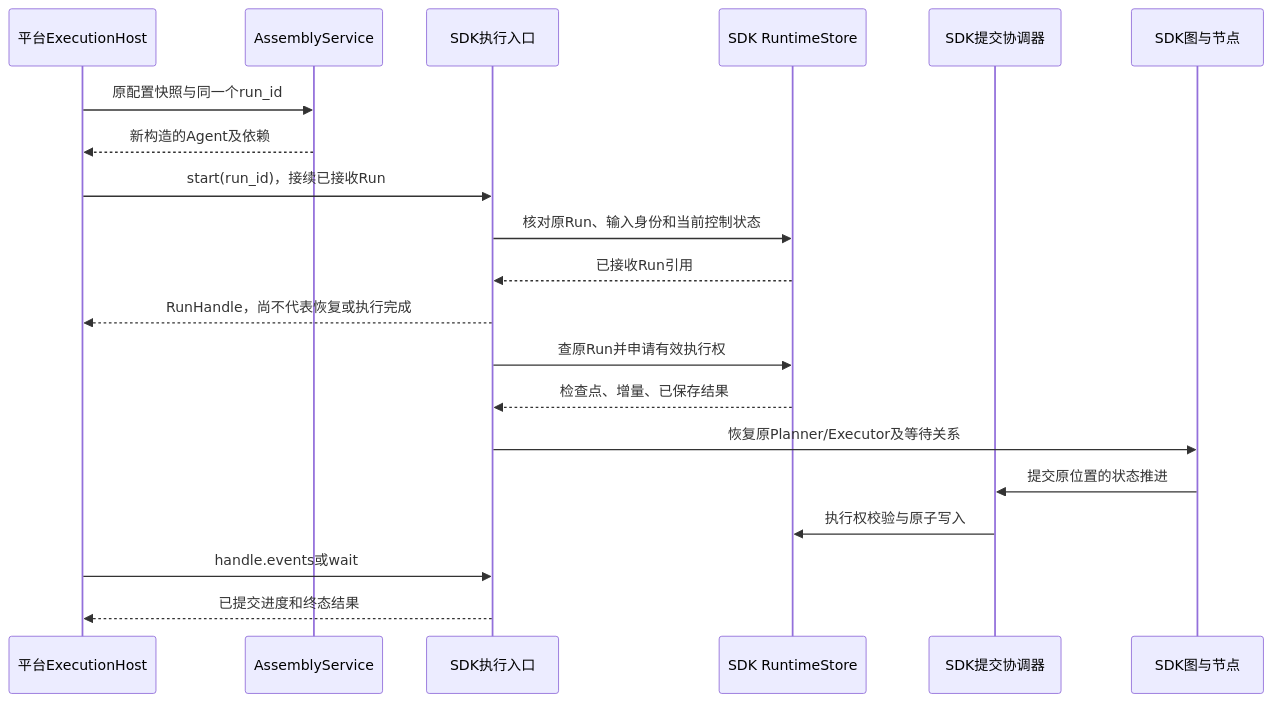
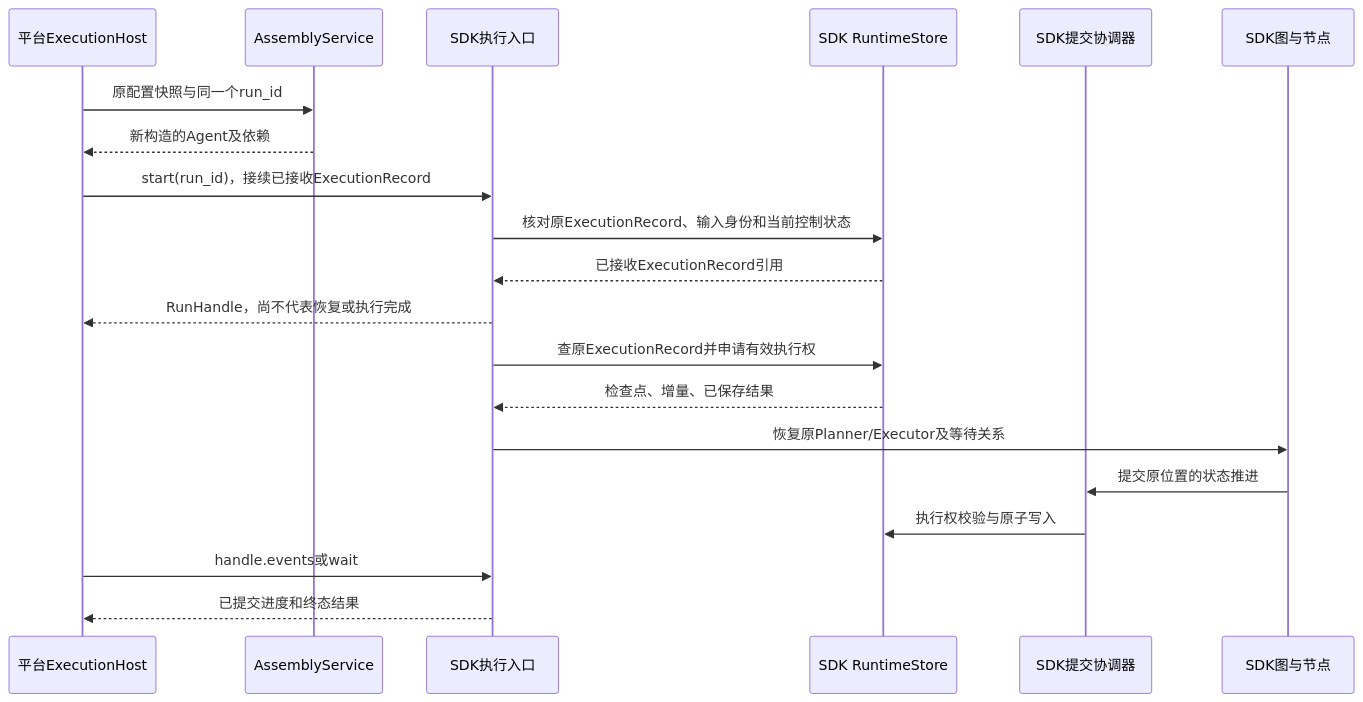
Before and after one commit to dujian0068/agent-loom: the diagram in docs/platform/sdk-integration.md, drawn with Mermaid. The commit also changed other lines of this file and 28 other files, not shown here.

````diff
--- a/docs/platform/sdk-integration.md
+++ b/docs/platform/sdk-integration.md
@@ -41,22 +41,22 @@
 ```mermaid
 sequenceDiagram
     participant H as 平台ExecutionHost
     participant A as AssemblyService
     participant S as SDK执行入口
     participant C as SDK RuntimeStore
     participant K as SDK提交协调器
     participant E as SDK图与节点
     H->>A: 原配置快照与同一个run_id
     A-->>H: 新构造的Agent及依赖
-    H->>S: start(run_id)，接续已接收Run
-    S->>C: 核对原Run、输入身份和当前控制状态
-    C-->>S: 已接收Run引用
+    H->>S: start(run_id)，接续已接收ExecutionRecord
+    S->>C: 核对原ExecutionRecord、输入身份和当前控制状态
+    C-->>S: 已接收ExecutionRecord引用
     S-->>H: RunHandle，尚不代表恢复或执行完成
-    S->>C: 查原Run并申请有效执行权
+    S->>C: 查原ExecutionRecord并申请有效执行权
     C-->>S: 检查点、增量、已保存结果
     S->>E: 恢复原Planner/Executor及等待关系
     E->>K: 提交原位置的状态推进
     K->>C: 执行权校验与原子写入
     H->>S: handle.events或wait
     S-->>H: 已提交进度和终态结果
 ```
````
